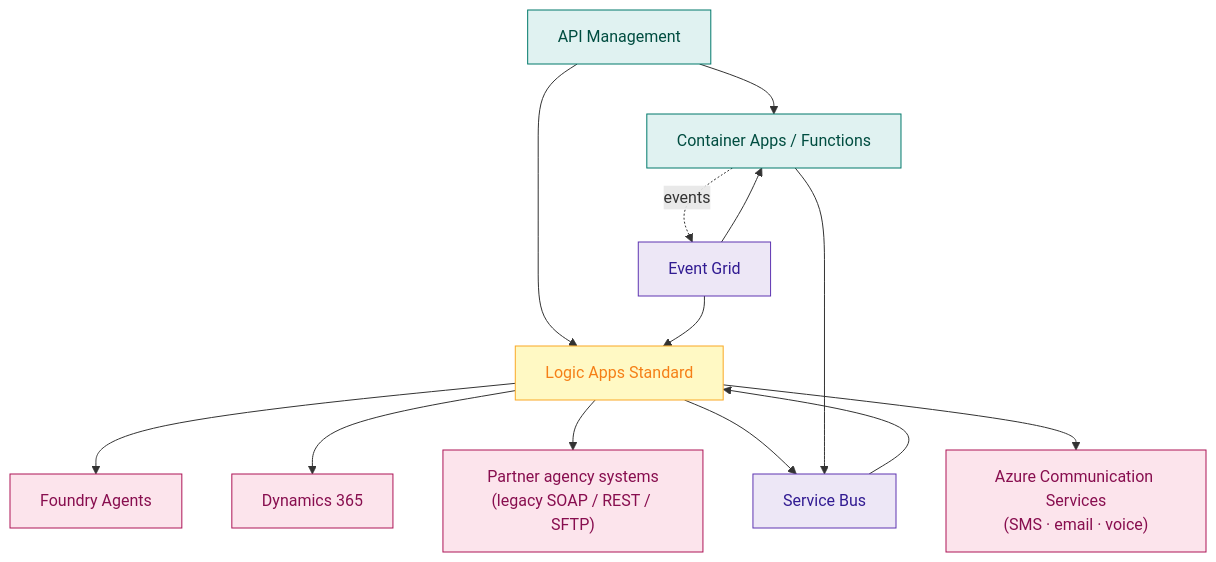
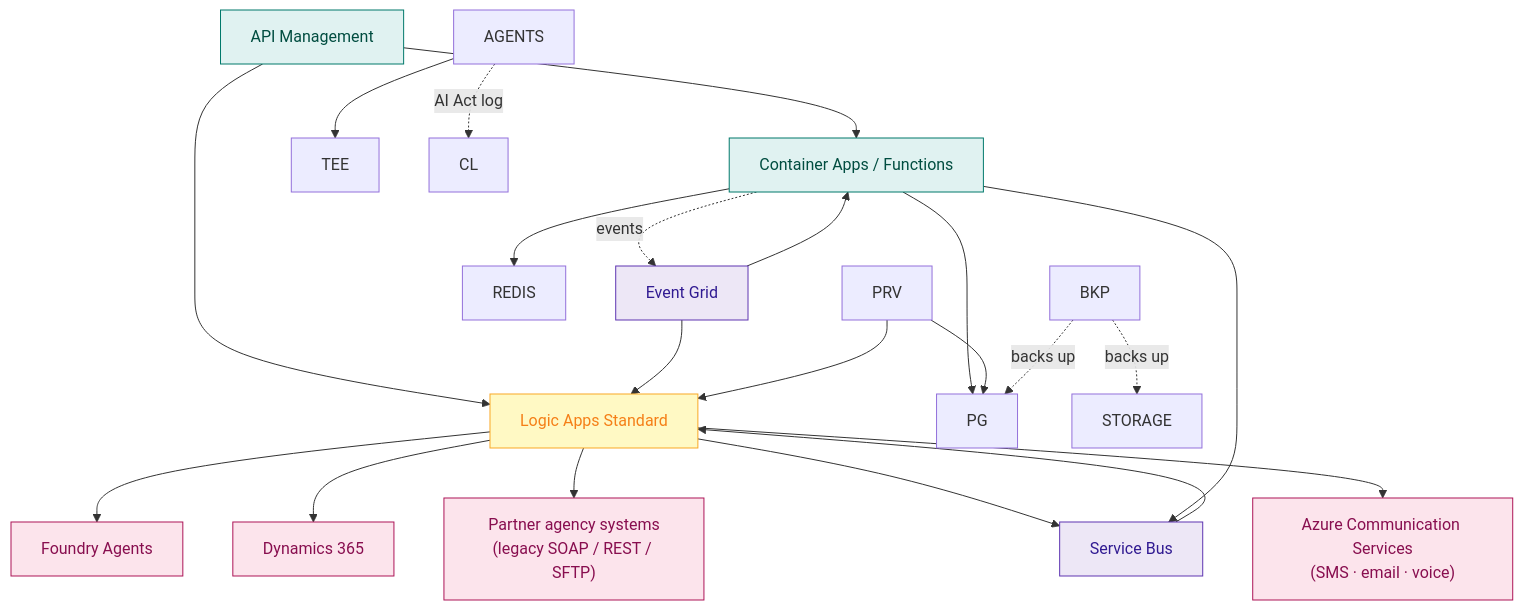
One commit to fredgis/UDCSP changed the sixth of 13 diagrams in docs/tech/architecture.md. Above: the diagram before and after it, drawn with Mermaid. The commit also changed other lines of this file and 193 other files, not shown here.

````diff
--- a/docs/tech/architecture.md
+++ b/docs/tech/architecture.md
@@ -542,35 +583,43 @@
 ```mermaid
 graph TB
     APIM["API Management"]
     LA["Logic Apps Standard"]
     SB["Service Bus"]
     EG["Event Grid"]
     FUNC["Container Apps / Functions"]
     PARTNER["Partner agency systems<br/>(legacy SOAP / REST / SFTP)"]
     D365["Dynamics 365"]
     FOUNDRY["Foundry Agents"]
     NOTIF["Azure Communication Services<br/>(SMS · email · voice)"]
 
     APIM --> LA
     APIM --> FUNC
     LA --> FOUNDRY
     LA --> D365
     LA --> PARTNER
     LA --> SB
     LA --> NOTIF
     FUNC --> SB
+    FUNC --> PG
+    FUNC --> REDIS
     FUNC -.events.-> EG
     SB --> LA
     EG --> FUNC
     EG --> LA
+    AGENTS --> TEE
+    AGENTS -. AI Act log .-> CL
+    PRV --> LA
+    PRV --> PG
+    BKP -. backs up .-> PG
+    BKP -. backs up .-> STORAGE
 
     classDef gw fill:#E0F2F1,stroke:#00796B,color:#004D40
     classDef wf fill:#FFF9C4,stroke:#F9A825,color:#F57F17
     classDef msg fill:#EDE7F6,stroke:#5E35B1,color:#311B92
     classDef ext fill:#FCE4EC,stroke:#AD1457,color:#880E4F
 
     class APIM,FUNC gw
     class LA wf
     class SB,EG msg
     class PARTNER,D365,FOUNDRY,NOTIF ext
 ```
````
